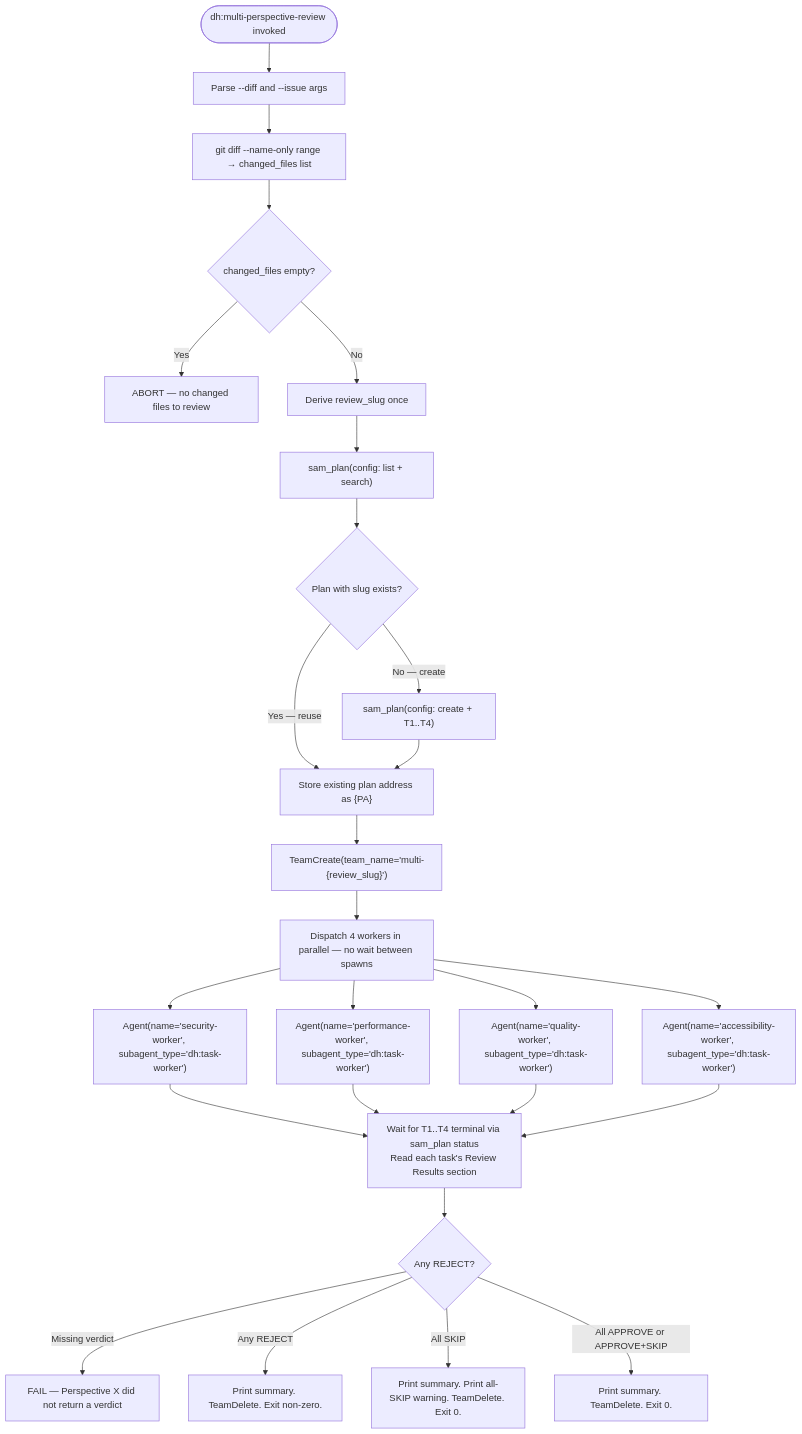
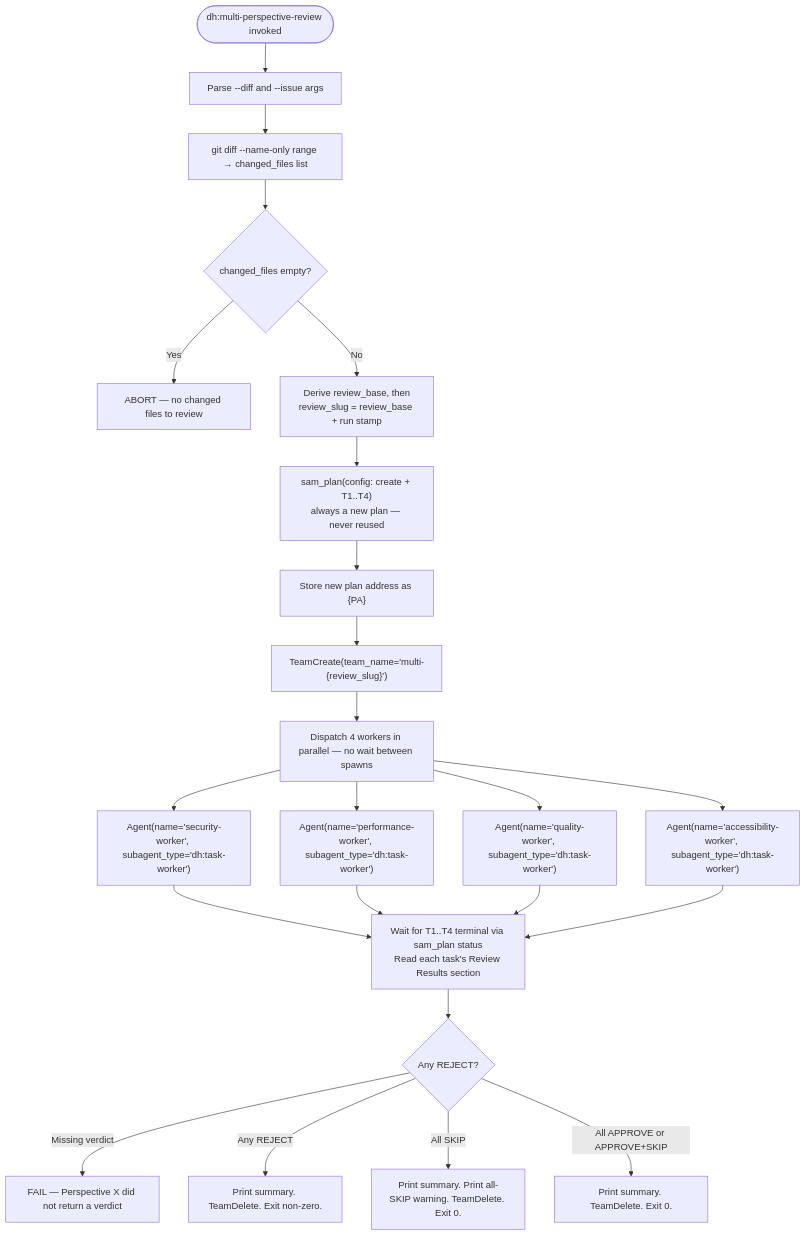
The diagram in plugins/development-harness/skills/multi-perspective-review/SKILL.md (Jamie-BitFlight/claude_skills), drawn with Mermaid before and after one commit. The commit also changed other lines of this file, not shown here.

First line of the commit message:
fix(development-harness): give every review run its own plan instead of reusing one

````diff
--- a/plugins/development-harness/skills/multi-perspective-review/SKILL.md
+++ b/plugins/development-harness/skills/multi-perspective-review/SKILL.md
@@ -330,28 +332,25 @@
 ```mermaid
 flowchart TD
     Start([dh:multi-perspective-review invoked]) --> Parse[Parse --diff and --issue args]
     Parse --> Files["git diff --name-only range → changed_files list"]
     Files --> Empty{changed_files empty?}
     Empty -->|Yes| Abort[ABORT — no changed files to review]
-    Empty -->|No| Slug[Derive review_slug once]
-    Slug --> CheckPlan["sam_plan(config: list + search)"]
-    CheckPlan --> PlanExists{Plan with slug exists?}
-    PlanExists -->|Yes — reuse| PlanAddr["Store existing plan address as {PA}"]
-    PlanExists -->|No — create| CreatePlan["sam_plan(config: create + T1..T4)"]
-    CreatePlan --> PlanAddr
+    Empty -->|No| Slug["Derive review_base, then<br>review_slug = review_base + run stamp"]
+    Slug --> CreatePlan["sam_plan(config: create + T1..T4)<br>always a new plan — never reused"]
+    CreatePlan --> PlanAddr["Store new plan address as {PA}"]
     PlanAddr --> Team["TeamCreate(team_name='multi-{review_slug}')"]
     Team --> Parallel[Dispatch 4 workers in parallel — no wait between spawns]
     Parallel --> W1["Agent(name='security-worker', subagent_type='dh:task-worker')"]
     Parallel --> W2["Agent(name='performance-worker', subagent_type='dh:task-worker')"]
     Parallel --> W3["Agent(name='quality-worker', subagent_type='dh:task-worker')"]
     Parallel --> W4["Agent(name='accessibility-worker', subagent_type='dh:task-worker')"]
     W1 --> Collect["Wait for T1..T4 terminal via sam_plan status<br>Read each task's Review Results section"]
     W2 --> Collect
     W3 --> Collect
     W4 --> Collect
     Collect --> Gate{Any REJECT?}
     Gate -->|Missing verdict| Fail[FAIL — Perspective X did not return a verdict]
     Gate -->|Any REJECT| Fail2[Print summary. TeamDelete. Exit non-zero.]
     Gate -->|All SKIP| Warn[Print summary. Print all-SKIP warning. TeamDelete. Exit 0.]
     Gate -->|All APPROVE or APPROVE+SKIP| Pass[Print summary. TeamDelete. Exit 0.]
 ```
````
